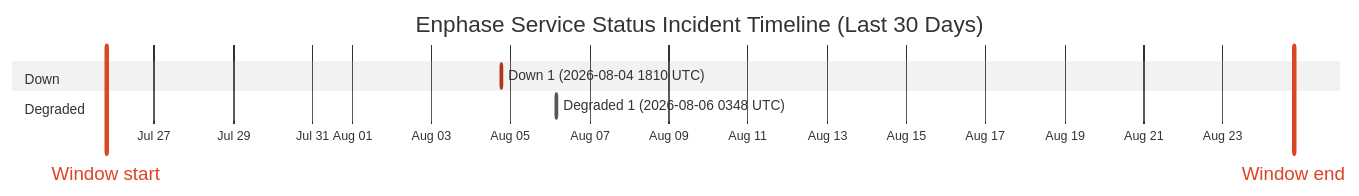
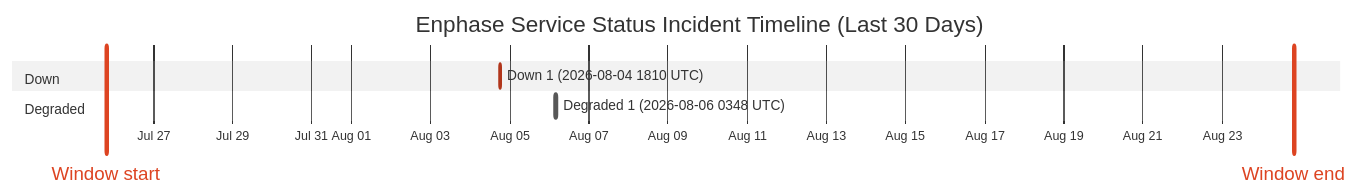
The diagram in wiki/Service-Status-History.md (barneyonline/ha-enphase-energy), drawn with Mermaid (neutral theme) before and after one commit. The commit also changed other lines of this file and 3 other files, not shown here.

````diff
--- a/wiki/Service-Status-History.md
+++ b/wiki/Service-Status-History.md
@@ -14,12 +14,12 @@
 ```mermaid
 gantt
     title Enphase Service Status Incident Timeline (Last 30 Days)
     dateFormat  YYYY-MM-DDTHH:mm:ss
     axisFormat  %b %d
-    Window start :vert, window-start, 2026-07-25T18:51:44, 0ms
-    Window end :vert, window-end, 2026-08-24T18:51:44, 0ms
+    Window start :vert, window-start, 2026-07-25T19:27:23, 0ms
+    Window end :vert, window-end, 2026-08-24T19:27:23, 0ms
     section Down
     Down 1 (2026-08-04 1810 UTC) :crit, down-1, 2026-08-04T18:10:46, 60m
     section Degraded
     Degraded 1 (2026-08-06 0348 UTC) :active, degraded-1, 2026-08-06T03:48:14, 60m
 ```
````
